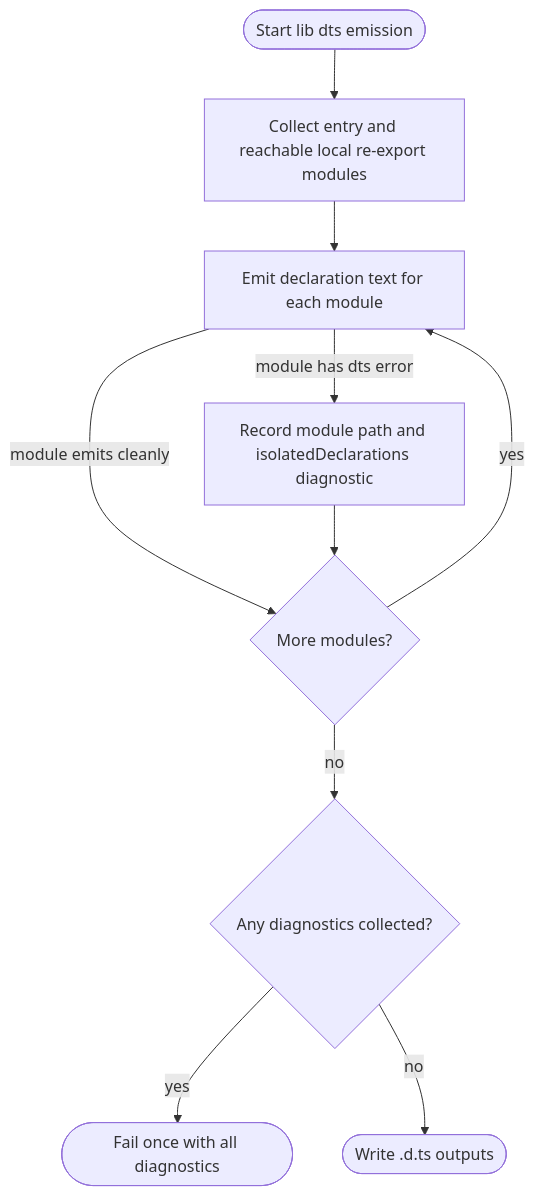
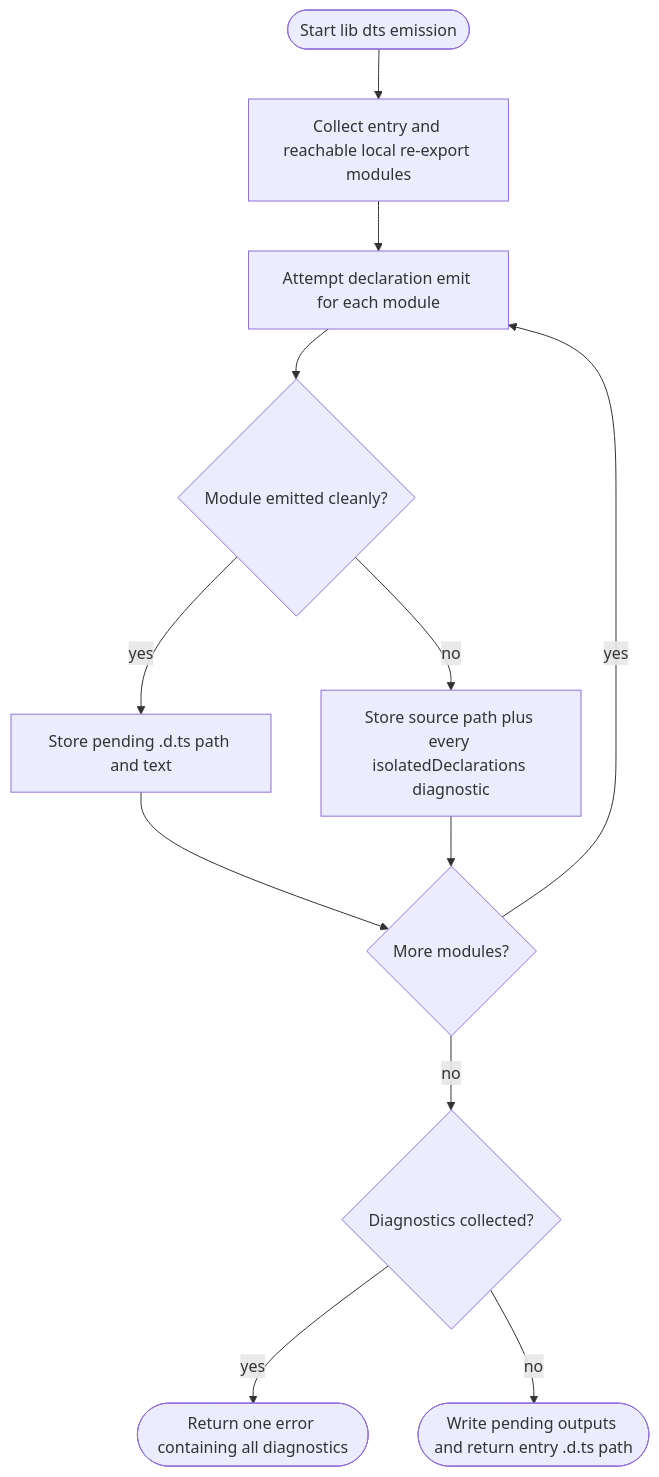
One commit to chrischeng-c4/axiom changed the diagram in .aw/tech-design/projects/jet/logic/jet-build-lib-dts-stops-at-first-isolateddeclarations-violation.md. Above: the diagram before and after it, drawn with Mermaid. The commit also changed other lines of this file, not shown here.

Commit message:
td(784) — contract section: logic
Lifecycle-Slug: 784
Work-Item: 784
Lifecycle-Stage: Td-Section
Lifecycle-Phase: td_contract_in_progress
Lifecycle-Pass: contract
TD-Section: logic
Previous-Phase: td_applicability_created
Next-Phase: td_contract_in_progress
Next-Command: aw td create

````diff
--- a/.aw/tech-design/projects/jet/logic/jet-build-lib-dts-stops-at-first-isolateddeclarations-violation.md
+++ b/.aw/tech-design/projects/jet/logic/jet-build-lib-dts-stops-at-first-isolateddeclarations-violation.md
@@ -18,35 +18,41 @@
 ```mermaid
 ---
-id: jet-build-lib-dts-aggregate-isolated-declarations-logic
+id: jet-build-lib-dts-aggregate-isolated-declarations-contract
 entry: start
 nodes:
   start: { kind: start, label: "Start lib dts emission" }
   collect_modules: { kind: process, label: "Collect entry and reachable local re-export modules" }
-  emit_module: { kind: process, label: "Emit declaration text for each module" }
-  collect_diagnostic: { kind: process, label: "Record module path and isolatedDeclarations diagnostic" }
+  emit_module: { kind: process, label: "Attempt declaration emit for each module" }
+  module_ok: { kind: decision, label: "Module emitted cleanly?" }
+  store_output: { kind: process, label: "Store pending .d.ts path and text" }
+  store_diagnostic: { kind: process, label: "Store source path plus every isolatedDeclarations diagnostic" }
   more_modules: { kind: decision, label: "More modules?" }
-  has_errors: { kind: decision, label: "Any diagnostics collected?" }
-  fail_all: { kind: terminal, label: "Fail once with all diagnostics" }
-  write_outputs: { kind: terminal, label: "Write .d.ts outputs" }
+  has_diagnostics: { kind: decision, label: "Diagnostics collected?" }
+  fail: { kind: terminal, label: "Return one error containing all diagnostics" }
+  write: { kind: terminal, label: "Write pending outputs and return entry .d.ts path" }
 edges:
   - { from: start, to: collect_modules }
   - { from: collect_modules, to: emit_module }
-  - { from: emit_module, to: collect_diagnostic, label: "module has dts error" }
-  - { from: emit_module, to: more_modules, label: "module emits cleanly" }
-  - { from: collect_diagnostic, to: more_modules }
+  - { from: emit_module, to: module_ok }
+  - { from: module_ok, to: store_output, label: "yes" }
+  - { from: module_ok, to: store_diagnostic, label: "no" }
+  - { from: store_output, to: more_modules }
+  - { from: store_diagnostic, to: more_modules }
   - { from: more_modules, to: emit_module, label: "yes" }
-  - { from: more_modules, to: has_errors, label: "no" }
-  - { from: has_errors, to: fail_all, label: "yes" }
-  - { from: has_errors, to: write_outputs, label: "no" }
+  - { from: more_modules, to: has_diagnostics, label: "no" }
+  - { from: has_diagnostics, to: fail, label: "yes" }
+  - { from: has_diagnostics, to: write, label: "no" }
 ---
 flowchart TD
     start([Start lib dts emission]) --> collect_modules[Collect entry and reachable local re-export modules]
-    collect_modules --> emit_module[Emit declaration text for each module]
-    emit_module -->|module has dts error| collect_diagnostic[Record module path and isolatedDeclarations diagnostic]
-    emit_module -->|module emits cleanly| more_modules{More modules?}
-    collect_diagnostic --> more_modules
+    collect_modules --> emit_module[Attempt declaration emit for each module]
+    emit_module --> module_ok{Module emitted cleanly?}
+    module_ok -->|yes| store_output[Store pending .d.ts path and text]
+    module_ok -->|no| store_diagnostic[Store source path plus every isolatedDeclarations diagnostic]
+    store_output --> more_modules{More modules?}
+    store_diagnostic --> more_modules
     more_modules -->|yes| emit_module
-    more_modules -->|no| has_errors{Any diagnostics collected?}
-    has_errors -->|yes| fail_all([Fail once with all diagnostics])
-    has_errors -->|no| write_outputs([Write .d.ts outputs])
+    more_modules -->|no| has_diagnostics{Diagnostics collected?}
+    has_diagnostics -->|yes| fail([Return one error containing all diagnostics])
+    has_diagnostics -->|no| write([Write pending outputs and return entry .d.ts path])
 ```
````
